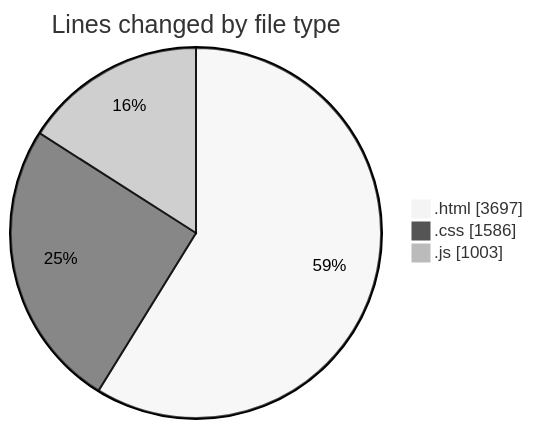
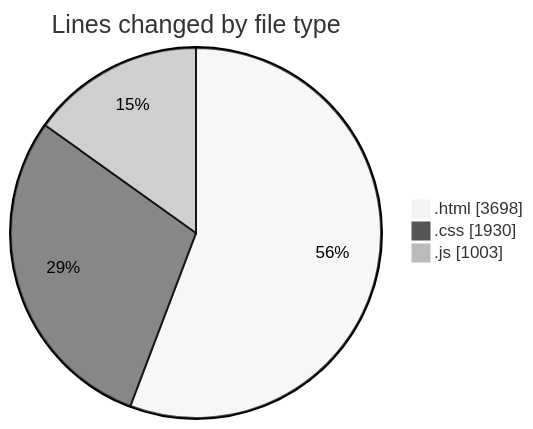
One commit to Ritupan-Deka/code-tracking changed the first of 2 diagrams in 2025-05-24/projects/README.md. Above: the diagram before and after it, drawn with Mermaid (neutral theme). The commit also changed other lines of this file and 1 other file, not shown here.

````diff
--- a/2025-05-24/projects/README.md
+++ b/2025-05-24/projects/README.md
@@ -23,7 +23,7 @@
 ```mermaid
 pie showData
 title Lines changed by file type
-".html" : 3697
-".css" : 1586
+".html" : 3698
+".css" : 1930
 ".js" : 1003
 ```
````
